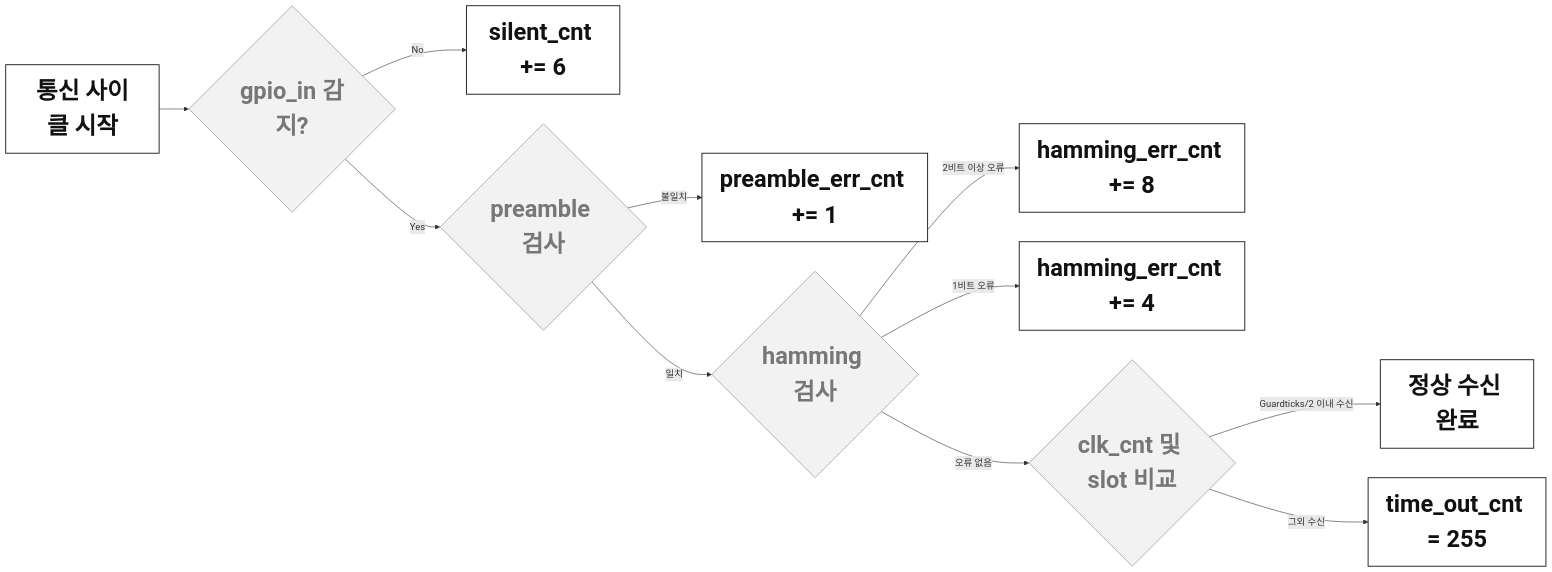
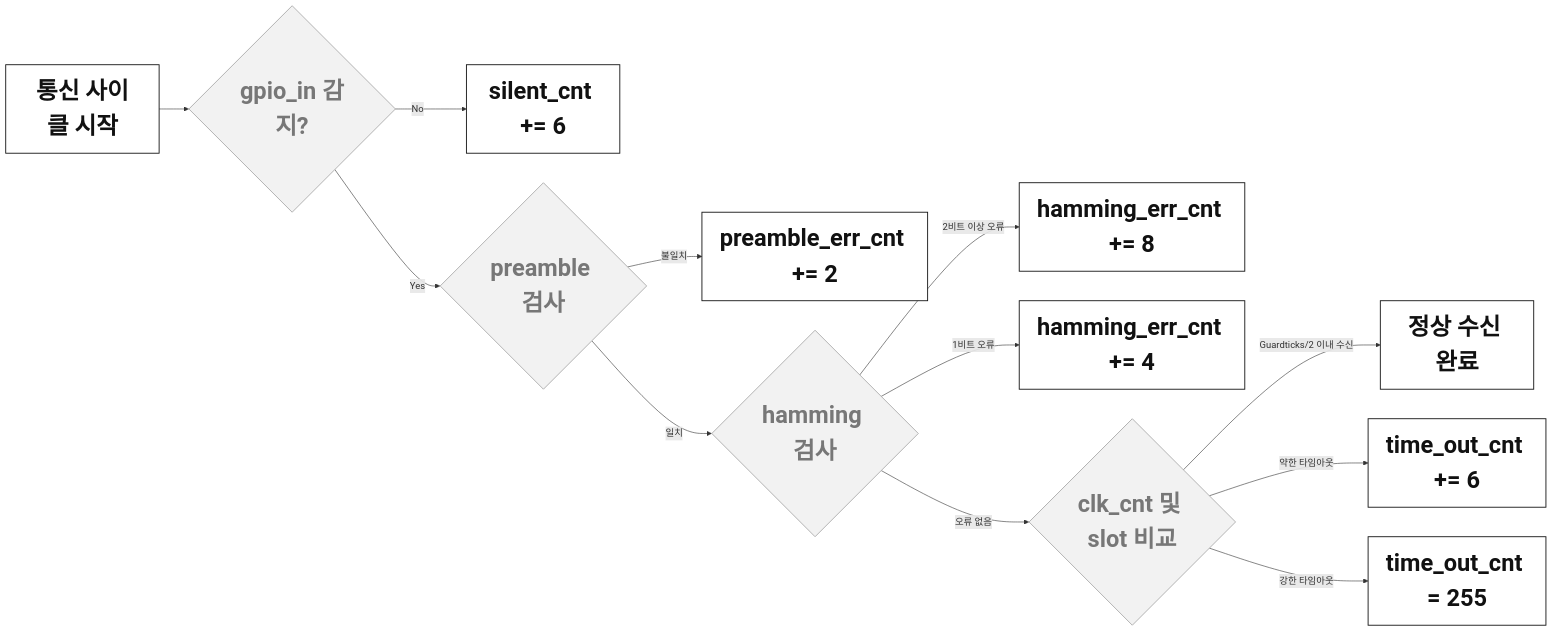
The diagram in diagrams/section3/zoom/master_fault_flow.mmd (Woodong02/SoC_Design_and_Programming), drawn with Mermaid before and after one commit. The commit also changed 1 other file, not shown here.

Commit message:
WIP: revise Master IP and fault-flow diagram sources
- Keep slot scheduler and control register detached inside Master IP block, restore PS link, add external test device context
- Split timing-mismatch branch into weak/strong timeout, bump preamble error increment to +2

Claude-Session: https://claude.ai/code/session_01HsnhTJYvcfwdgYabPyirFp

```diff
--- a/diagrams/section3/zoom/master_fault_flow.mmd
+++ b/diagrams/section3/zoom/master_fault_flow.mmd
@@ -1,15 +1,16 @@
 %%{init: {'themeVariables': {'fontSize': '40px'}}, 'flowchart': {'nodeSpacing': 45, 'rankSpacing': 70}}%%
 flowchart LR
     A["통신 사이클 시작"]:::node --> B{"gpio_in 감지?"}:::dim
     B -- No --> B1["silent_cnt += 6"]:::node
     B -- Yes --> C{"preamble 검사"}:::dim
-    C -- 불일치 --> C1["preamble_err_cnt += 1"]:::node
+    C -- 불일치 --> C1["preamble_err_cnt += 2"]:::node
     C -- 일치 --> D{"hamming 검사"}:::dim
     D -- "2비트 이상 오류" --> D1["hamming_err_cnt += 8"]:::node
     D -- "1비트 오류" --> D2["hamming_err_cnt += 4"]:::node
     D -- "오류 없음" --> E{"clk_cnt 및 slot 비교"}:::dim
     E -- "Guardticks/2 이내 수신" --> F["정상 수신 완료"]:::node
-    E -- "그외 수신" --> G["time_out_cnt = 255"]:::node
+    E -- "약한 타임아웃" --> G1["time_out_cnt += 6"]:::node
+    E -- "강한 타임아웃" --> G2["time_out_cnt = 255"]:::node
 
 classDef node fill:#FFFFFF,stroke:#111111,stroke-width:1.5px,color:#111111,font-weight:bold,font-size:40px
 classDef dim fill:#F2F2F2,stroke:#AAAAAA,color:#777777,font-weight:bold,font-size:40px
```
